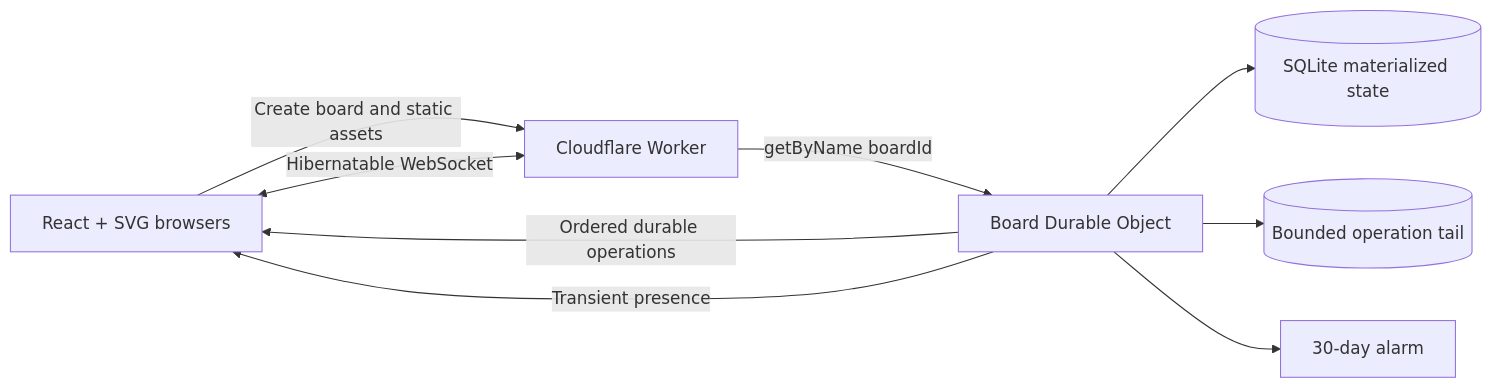
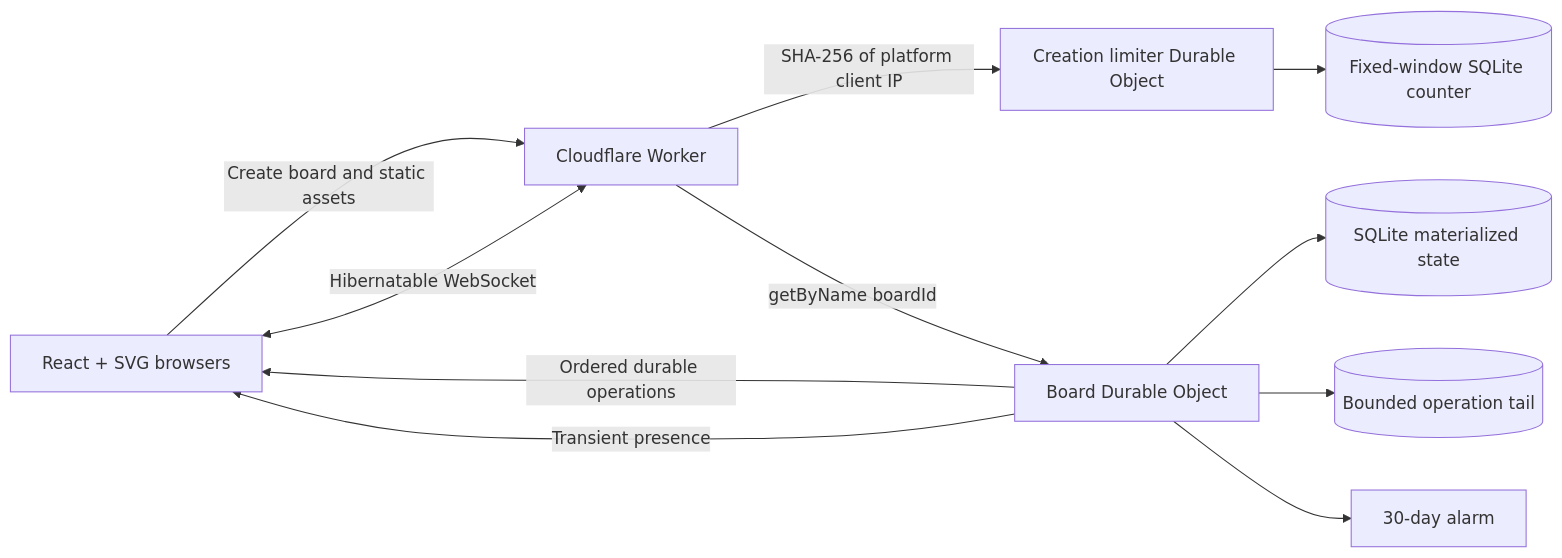
Before and after one commit to Gryczka/cloudflare-whiteboard: the diagram in README.md, drawn with Mermaid. The commit also changed other lines of this file and 10 other files, not shown here.

````diff
--- a/README.md
+++ b/README.md
@@ -45,11 +52,13 @@
 ```mermaid
 flowchart LR
     B[React + SVG browsers] -->|Create board and static assets| W[Cloudflare Worker]
     B <-->|Hibernatable WebSocket| W
+    W -->|SHA-256 of platform client IP| R[Creation limiter Durable Object]
+    R --> L[(Fixed-window SQLite counter)]
     W -->|getByName boardId| D[Board Durable Object]
     D --> S[(SQLite materialized state)]
     D --> O[(Bounded operation tail)]
     D --> A[30-day alarm]
     D -->|Ordered durable operations| B
     D -->|Transient presence| B
 ```
````
